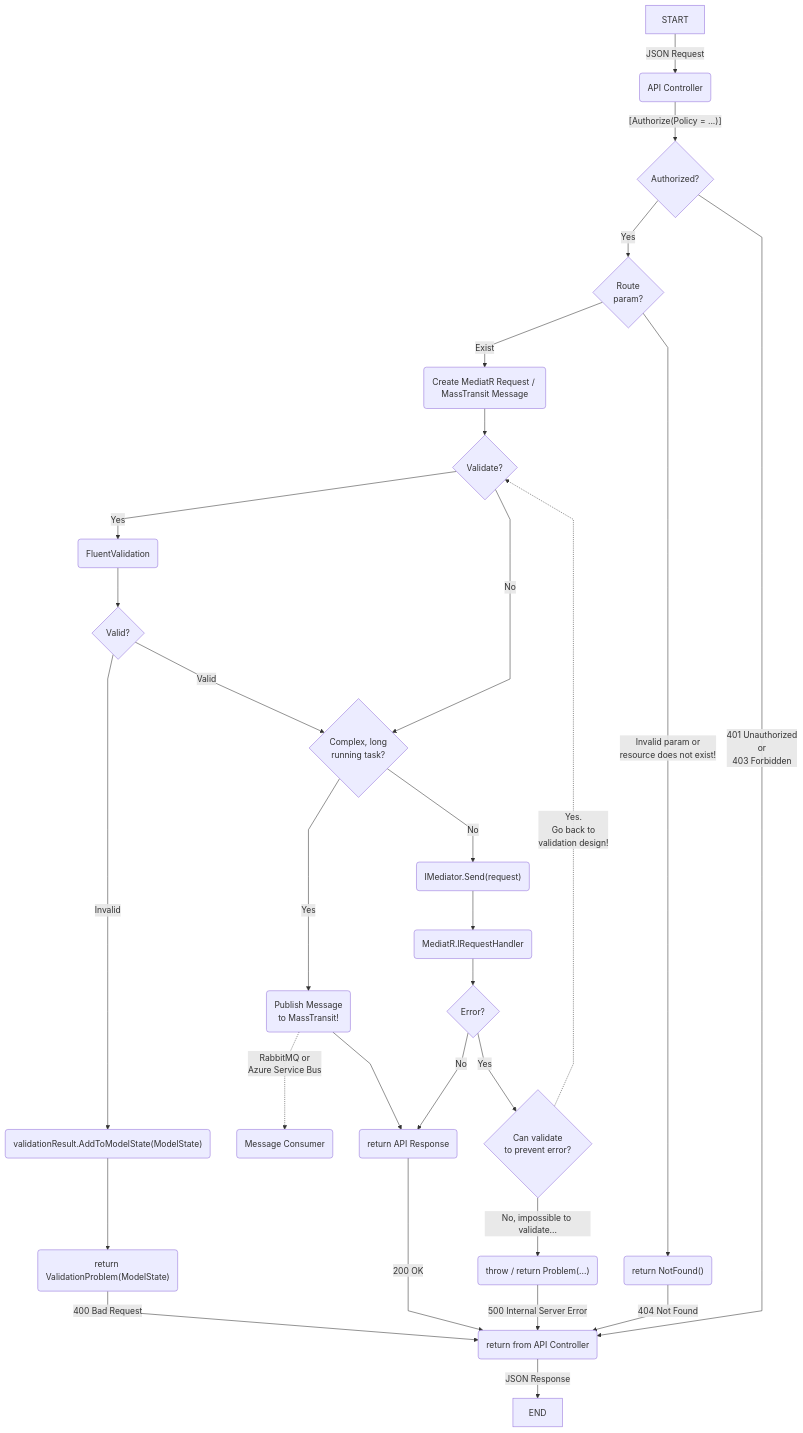
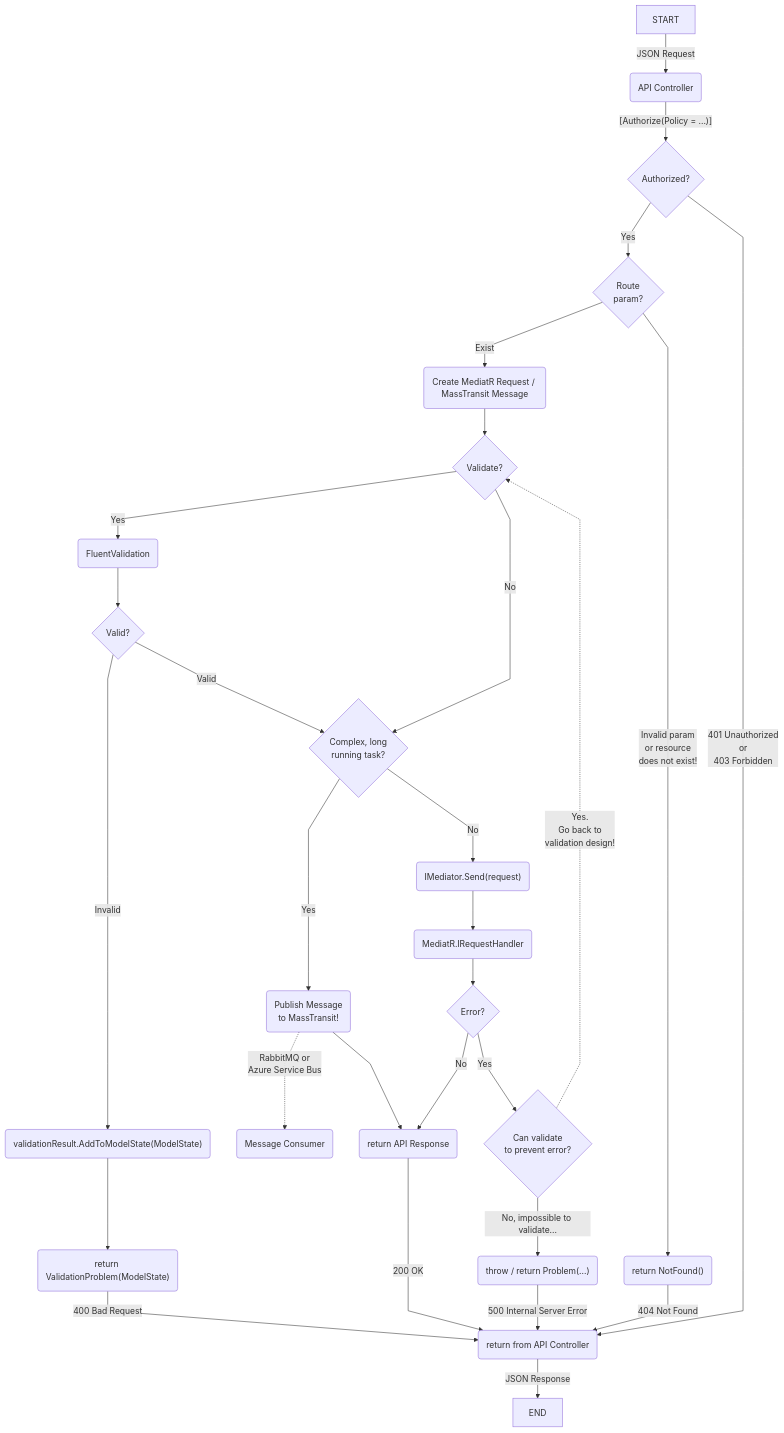
One commit to accelist/Accelist.WebApiStandard changed the diagram in README.md. Above: the diagram before and after it, drawn with Mermaid.

Commit message:
Fix invalid param words

````diff
--- a/README.md
+++ b/README.md
@@ -80,32 +80,32 @@
 ```mermaid
 %%{init: {'flowchart' : {'curve' : 'linear'}}}%%
 graph TD
     START --> |JSON Request| A(API Controller)
     A --> |"[Authorize(Policy = ...)]"|AUTH{Authorized?}
     AUTH --> |Yes| R{Route<br/>param?}
     AUTH --> |401 Unauthorized<br/>or<br/>403 Forbidden| BACK
     R --> |Exist| B(Create MediatR Request / MassTransit Message)
-    R --> |Invalid param or <br/> resource does not exist!| R404("return NotFound()")
+    R --> |Invalid param<br/>or resource<br/>does not exist!| R404("return NotFound()")
     R404 --> |404 Not Found| BACK
     B --> C{Validate?}
     C --> |Yes| D1(FluentValidation)
     C --> |No| F2
     D1 --> E{Valid?}
     E --> |Invalid| F400("validationResult.AddToModelState(ModelState)")
     E --> |Valid| F2
     F400 --> G400("return ValidationProblem(ModelState)")
     G400 --> |400 Bad Request| BACK
     F2{Complex, long<br/>running task?} --> |Yes| KBUS("Publish Message<br/>to MassTransit!")
     F2 --> |No| G
     G("IMediator.Send(request)") --> GX(MediatR.IRequestHandler)
     GX --> Catch{Error?}
     Catch --> |No| L200
     Catch --> |Yes| H500{Can validate<br/>to prevent error?}
     KBUS -.RabbitMQ or<br/>Azure Service Bus.-> MBUS(Message Consumer)
     KBUS --> L200
     L200("return API Response") --> |200 OK|BACK
     H500 -."Yes.<br/>Go back to<br/>validation design!".-> C
     H500 --> |No, impossible to validate...|I500("throw / return Problem(...)")
     I500 --> |500 Internal Server Error| BACK
     BACK(return from API Controller) --> |JSON Response| END
 ```
````
